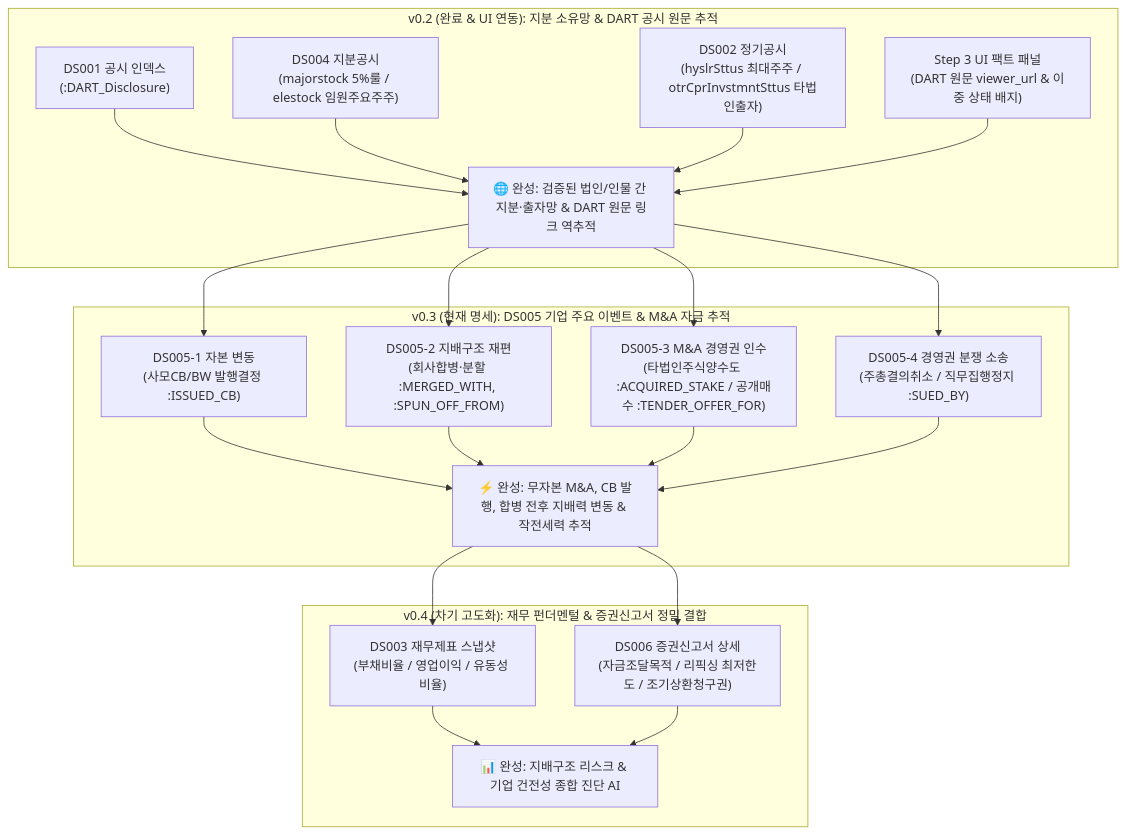
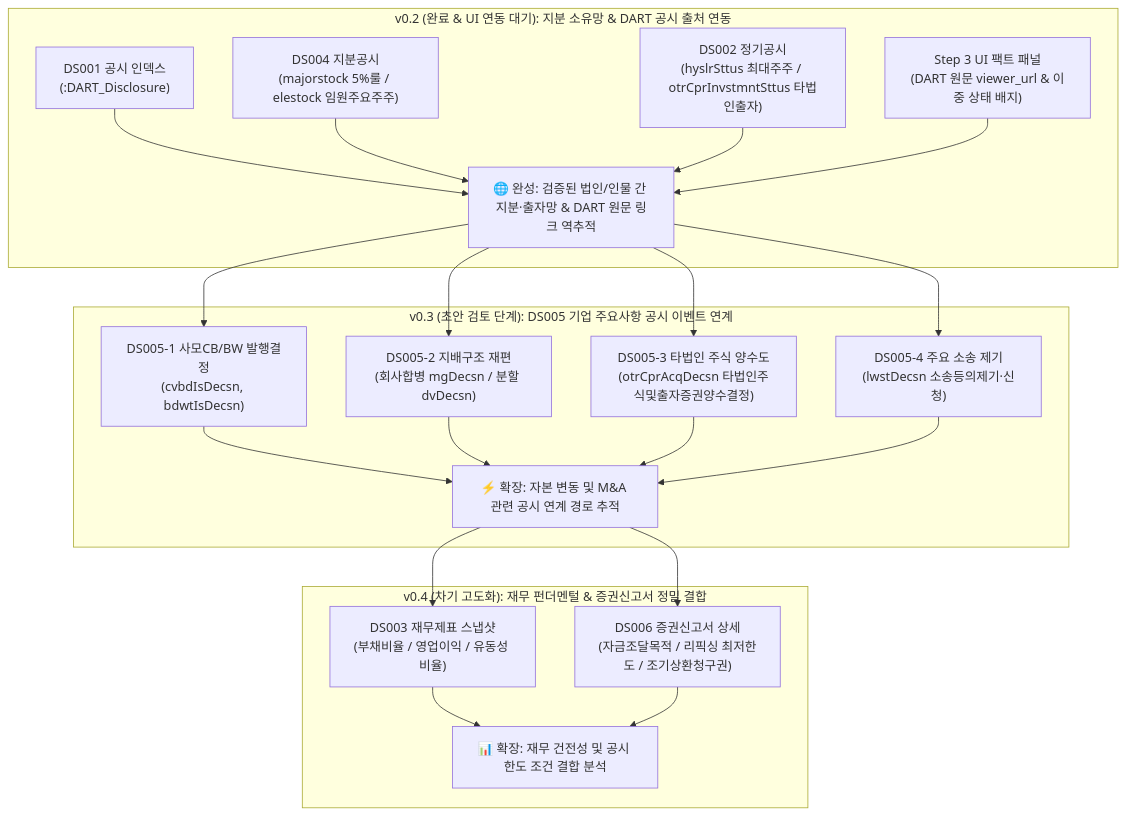
Before and after one commit to mycar4/enkoa-practice-knowledge-graph: the first of 2 diagrams in 내작업폴더/00_DART_Trace_지식그래프_온톨로지_및_데이터구조_명세서_v0.3.md, drawn with Mermaid. The commit also changed other lines of this file and 2 other files, not shown here.

````diff
--- a/내작업폴더/00_DART_Trace_지식그래프_온톨로지_및_데이터구조_명세서_v0.3.md
+++ b/내작업폴더/00_DART_Trace_지식그래프_온톨로지_및_데이터구조_명세서_v0.3.md
@@ -14,26 +14,26 @@
 ```mermaid
 flowchart TD
-    subgraph V02 ["v0.2 (완료 & UI 연동): 지분 소유망 & DART 공시 원문 추적"]
+    subgraph V02 ["v0.2 (완료 & UI 연동 대기): 지분 소유망 & DART 공시 출처 연동"]
         A1["DS001 공시 인덱스\n(:DART_Disclosure)"]
         A2["DS004 지분공시\n(majorstock 5%룰 / elestock 임원주요주주)"]
         A3["DS002 정기공시\n(hyslrSttus 최대주주 / otrCprInvstmntSttus 타법인출자)"]
         A4["Step 3 UI 팩트 패널\n(DART 원문 viewer_url & 이중 상태 배지)"]
         A1 & A2 & A3 & A4 --> R1["🌐 완성: 검증된 법인/인물 간 지분·출자망 & DART 원문 링크 역추적"]
     end
 
-    subgraph V03 ["v0.3 (현재 명세): DS005 기업 주요 이벤트 & M&A 자금 추적"]
-        B1["DS005-1 자본 변동\n(사모CB/BW 발행결정 :ISSUED_CB)"]
-        B2["DS005-2 지배구조 재편\n(회사합병·분할 :MERGED_WITH, :SPUN_OFF_FROM)"]
-        B3["DS005-3 M&A 경영권 인수\n(타법인주식양수도 :ACQUIRED_STAKE / 공개매수 :TENDER_OFFER_FOR)"]
-        B4["DS005-4 경영권 분쟁 소송\n(주총결의취소 / 직무집행정지 :SUED_BY)"]
+    subgraph V03 ["v0.3 (초안 검토 단계): DS005 기업 주요사항 공시 이벤트 연계"]
+        B1["DS005-1 사모CB/BW 발행결정\n(cvbdIsDecsn, bdwtIsDecsn)"]
+        B2["DS005-2 지배구조 재편\n(회사합병 mgDecsn / 분할 dvDecsn)"]
+        B3["DS005-3 타법인 주식 양수도\n(otrCprAcqDecsn 타법인주식및출자증권양수결정)"]
+        B4["DS005-4 주요 소송 제기\n(lwstDecsn 소송등의제기·신청)"]
         R1 --> B1 & B2 & B3 & B4
-        B1 & B2 & B3 & B4 --> R2["⚡ 완성: 무자본 M&A, CB 발행, 합병 전후 지배력 변동 & 작전세력 추적"]
+        B1 & B2 & B3 & B4 --> R2["⚡ 확장: 자본 변동 및 M&A 관련 공시 연계 경로 추적"]
     end
 
     subgraph V04 ["v0.4 (차기 고도화): 재무 펀더멘털 & 증권신고서 정밀 결합"]
         C1["DS003 재무제표 스냅샷\n(부채비율 / 영업이익 / 유동성 비율)"]
         C2["DS006 증권신고서 상세\n(자금조달목적 / 리픽싱 최저한도 / 조기상환청구권)"]
         R2 --> C1 & C2
-        C1 & C2 --> R3["📊 완성: 지배구조 리스크 & 기업 건전성 종합 진단 AI"]
+        C1 & C2 --> R3["📊 확장: 재무 건전성 및 공시 한도 조건 결합 분석"]
     end
 ```
````
